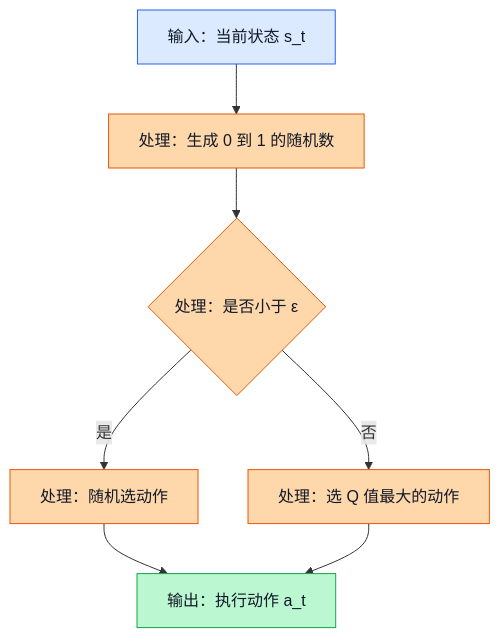
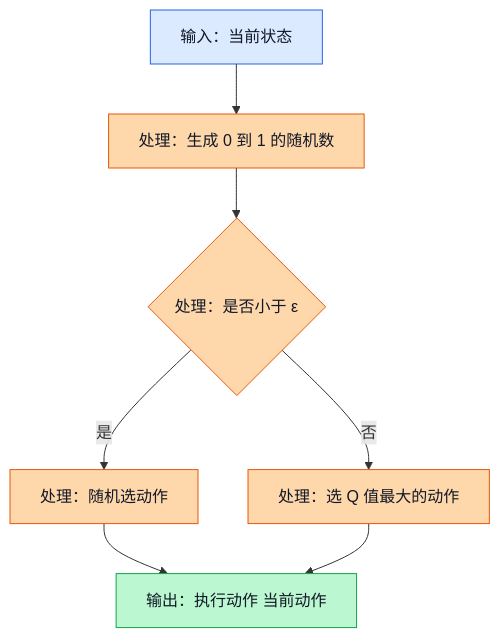
The fifth of 5 diagrams in learn/07_Tabular_Q_Learning.md (Mrphase/RL-Doc), drawn with Mermaid before and after one commit. The commit also changed other lines of this file and 14 other files, not shown here.

First line of the commit message:
fix: clean mermaid labels in learn docs

````diff
--- a/learn/07_Tabular_Q_Learning.md
+++ b/learn/07_Tabular_Q_Learning.md
@@ -663,17 +663,17 @@
 ```mermaid
 flowchart TD
-    S[输入：当前状态 s_t] --> P[处理：生成 0 到 1 的随机数]
+    S[输入：当前状态] --> P[处理：生成 0 到 1 的随机数]
     P --> C{处理：是否小于 ε}
     C -->|是| R[处理：随机选动作]
     C -->|否| G[处理：选 Q 值最大的动作]
-    R --> A[输出：执行动作 a_t]
+    R --> A[输出：执行动作 当前动作]
     G --> A
 
     classDef input fill:#dbeafe,stroke:#2563eb,color:#111827;
     classDef process fill:#fed7aa,stroke:#ea580c,color:#111827;
     classDef output fill:#bbf7d0,stroke:#16a34a,color:#111827;
 
     class S input;
     class P,C,R,G process;
     class A output;
 ```
````
